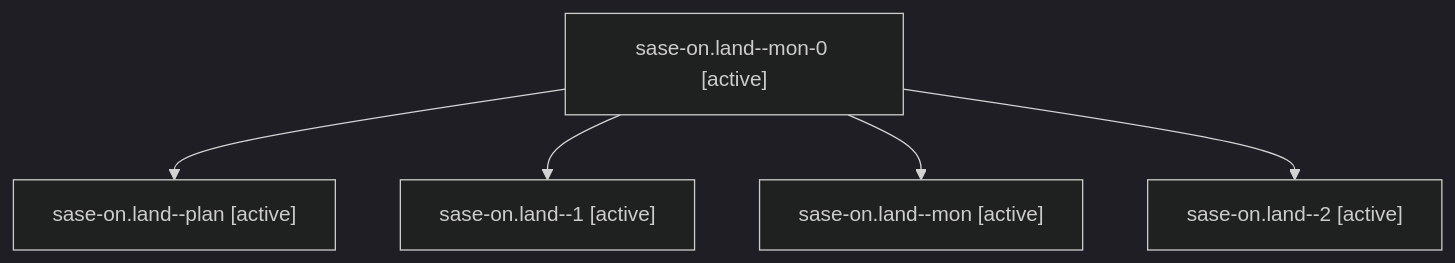
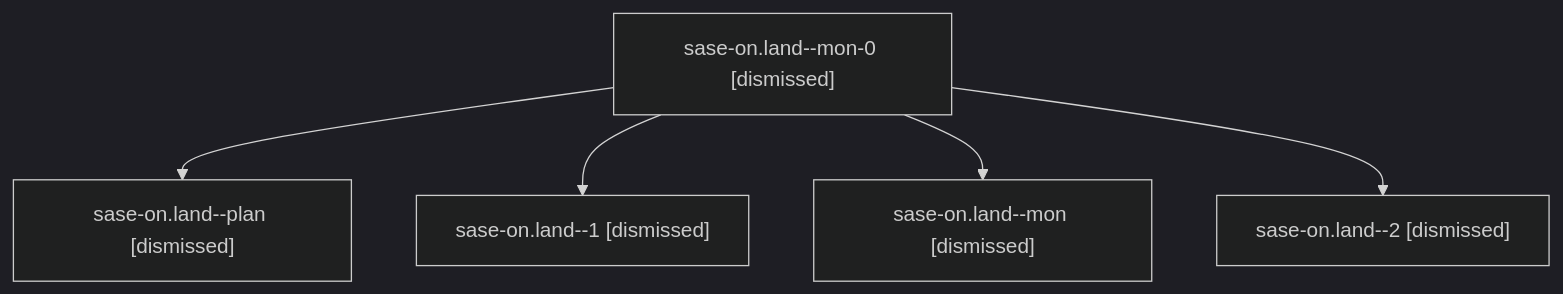
Before and after one commit to sase-org/sase--agents: the diagram in sessions/bbugyi200.athena.sase-on.land.md, drawn with Mermaid (dark theme). The commit also changed other lines of this file and 120 other files, not shown here.

````diff
--- a/sessions/bbugyi200.athena.sase-on.land.md
+++ b/sessions/bbugyi200.athena.sase-on.land.md
@@ -9,12 +9,12 @@
 ```mermaid
 flowchart TD
-  n0["sase-on.land--mon-0 [active]"]
-  n1["sase-on.land--plan [active]"]
+  n0["sase-on.land--mon-0 [dismissed]"]
+  n1["sase-on.land--plan [dismissed]"]
   n0 --> n1
-  n2["sase-on.land--1 [active]"]
+  n2["sase-on.land--1 [dismissed]"]
   n0 --> n2
-  n3["sase-on.land--mon [active]"]
+  n3["sase-on.land--mon [dismissed]"]
   n0 --> n3
-  n4["sase-on.land--2 [active]"]
+  n4["sase-on.land--2 [dismissed]"]
   n0 --> n4
 ```
````
